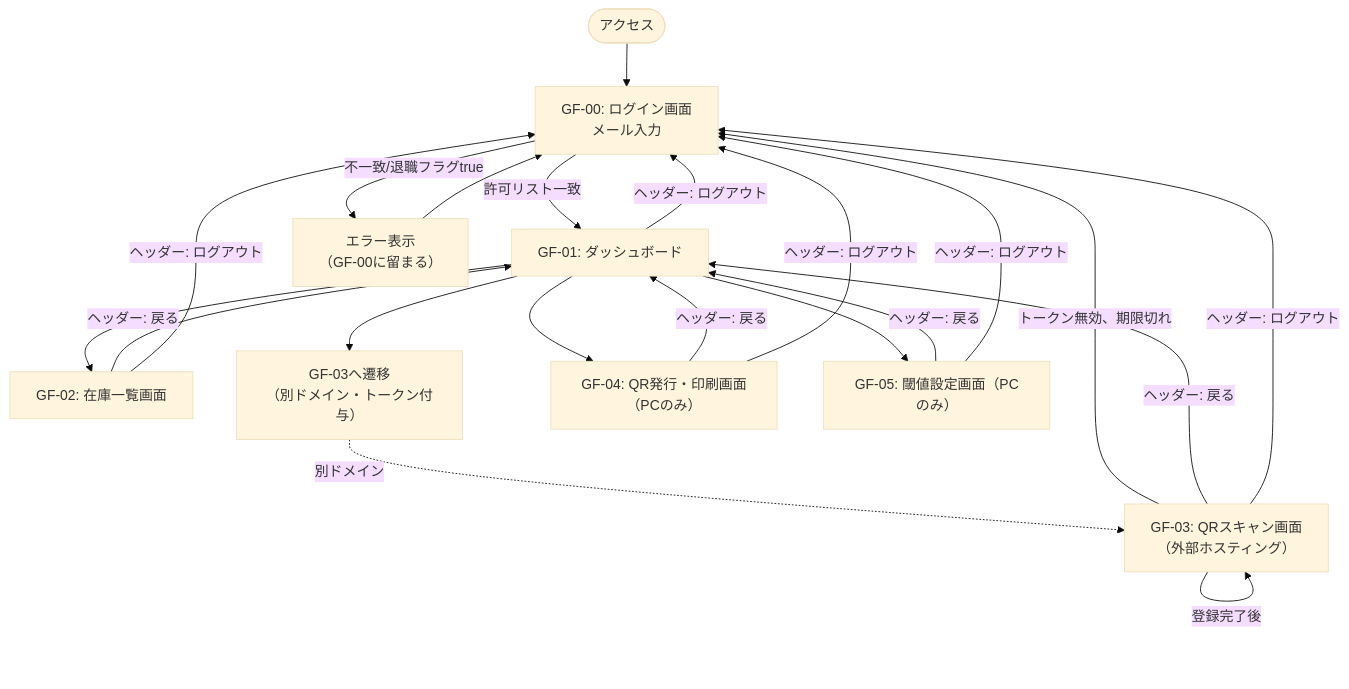
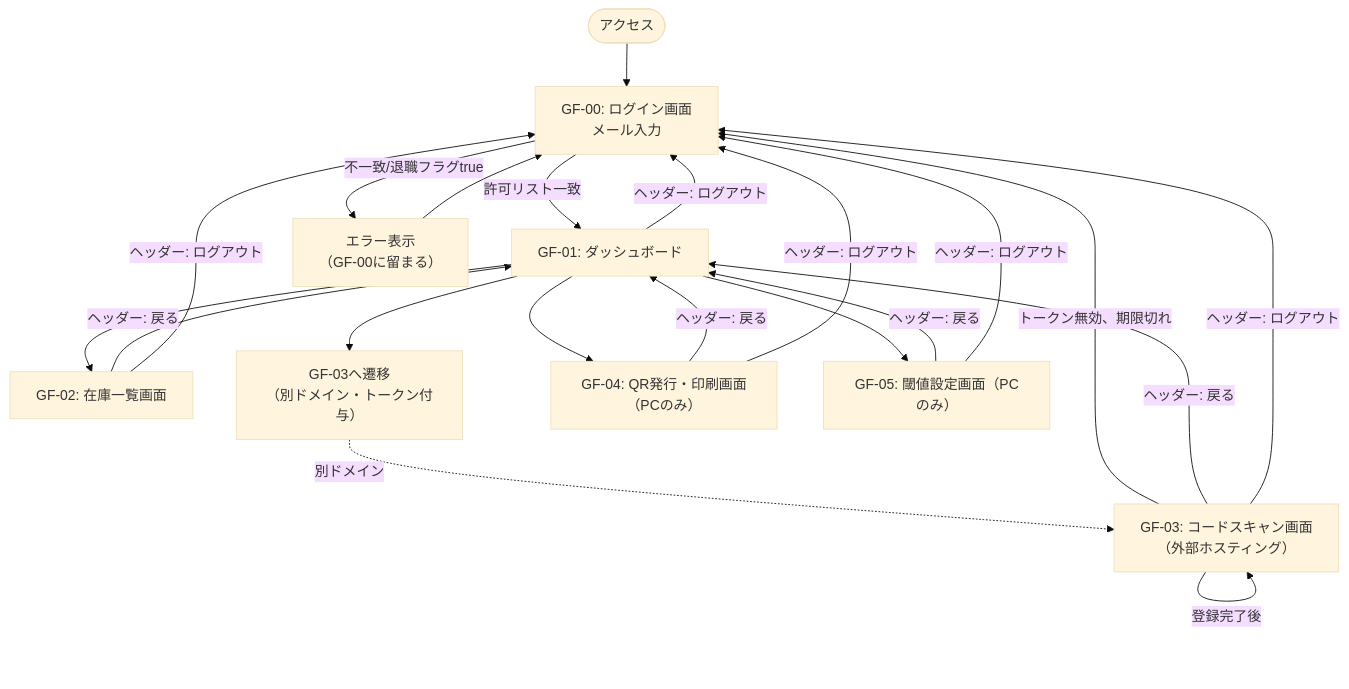
One commit to shinichi-yoshida-16/inventory_system changed the second of 2 diagrams in docs/architecture/transition.md. Above: the diagram before and after it, drawn with Mermaid (base theme). The commit also changed other lines of this file and 6 other files, not shown here.

````diff
--- a/docs/architecture/transition.md
+++ b/docs/architecture/transition.md
@@ -43,28 +43,28 @@
 ```mermaid
 flowchart TD
     Start(["アクセス"]) --> GF00["GF-00: ログイン画面<br/>メール入力"]
     GF00 -->|許可リスト一致| GF01["GF-01: ダッシュボード"]
     GF00 -->|不一致/退職フラグtrue| GF00Err["エラー表示<br/>（GF-00に留まる）"]
     GF00Err --> GF00
  
     GF01 --> GF02["GF-02: 在庫一覧画面"]
     GF01 --> GF03Link["GF-03へ遷移<br/>（別ドメイン・トークン付与）"]
     GF01 --> GF04["GF-04: QR発行・印刷画面（PCのみ）"]
     GF01 --> GF05["GF-05: 閾値設定画面（PCのみ）"]
  
-    GF03Link -.->|別ドメイン| GF03["GF-03: QRスキャン画面<br/>（外部ホスティング）"]
+    GF03Link -.->|別ドメイン| GF03["GF-03: コードスキャン画面<br/>（外部ホスティング）"]
     GF03 -->|登録完了後| GF03
  
     GF03 -->|トークン無効、期限切れ| GF00
  
     GF02 -->|ヘッダー: 戻る| GF01
     GF04 -->|ヘッダー: 戻る| GF01
     GF05 -->|ヘッダー: 戻る| GF01
     GF03 -->|ヘッダー: 戻る| GF01
  
     GF01 -->|ヘッダー: ログアウト| GF00
     GF02 -->|ヘッダー: ログアウト| GF00
     GF03 -->|ヘッダー: ログアウト| GF00
     GF04 -->|ヘッダー: ログアウト| GF00
     GF05 -->|ヘッダー: ログアウト| GF00
 ```
````
